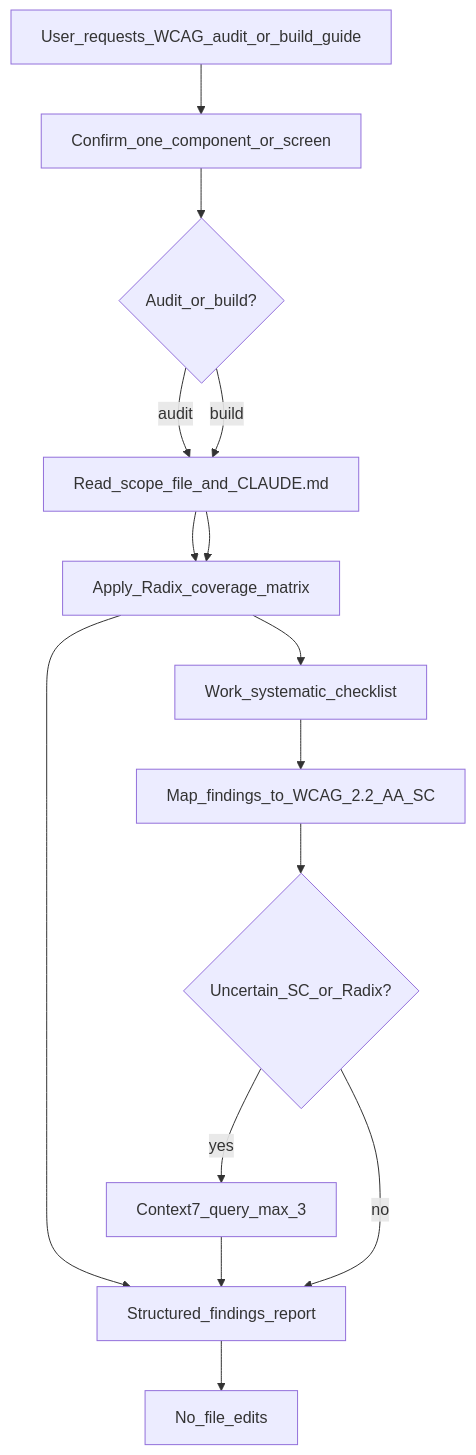
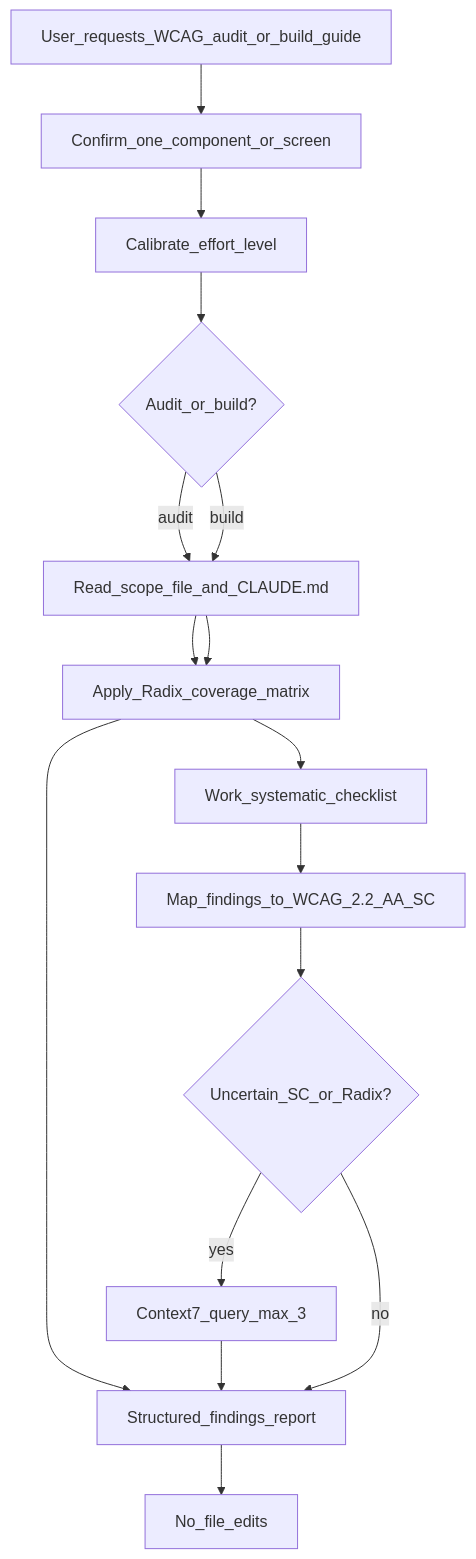
One commit to Collins1892/radar-practice changed the second of 2 diagrams in .claude/skills/wcag/SKILL.md. Above: the diagram before and after it, drawn with Mermaid. The commit also changed 4 other files, not shown here.

````diff
--- a/.claude/skills/wcag/SKILL.md
+++ b/.claude/skills/wcag/SKILL.md
@@ -411,22 +411,23 @@
 ```mermaid
 flowchart TD
   trigger[User_requests_WCAG_audit_or_build_guide]
   scope[Confirm_one_component_or_screen]
+  calibrate[Calibrate_effort_level]
   mode{Audit_or_build?}
   read[Read_scope_file_and_CLAUDE.md]
   matrix[Apply_Radix_coverage_matrix]
   checklist[Work_systematic_checklist]
   scMap[Map_findings_to_WCAG_2.2_AA_SC]
   context7{Uncertain_SC_or_Radix?}
   docs[Context7_query_max_3]
   report[Structured_findings_report]
   noedit[No_file_edits]
 
-  trigger --> scope --> mode
+  trigger --> scope --> calibrate --> mode
   mode -->|audit| read --> matrix --> checklist --> scMap
   mode -->|build| read --> matrix --> report
   scMap --> context7
   context7 -->|yes| docs --> report
   context7 -->|no| report
   report --> noedit
 ```
````
